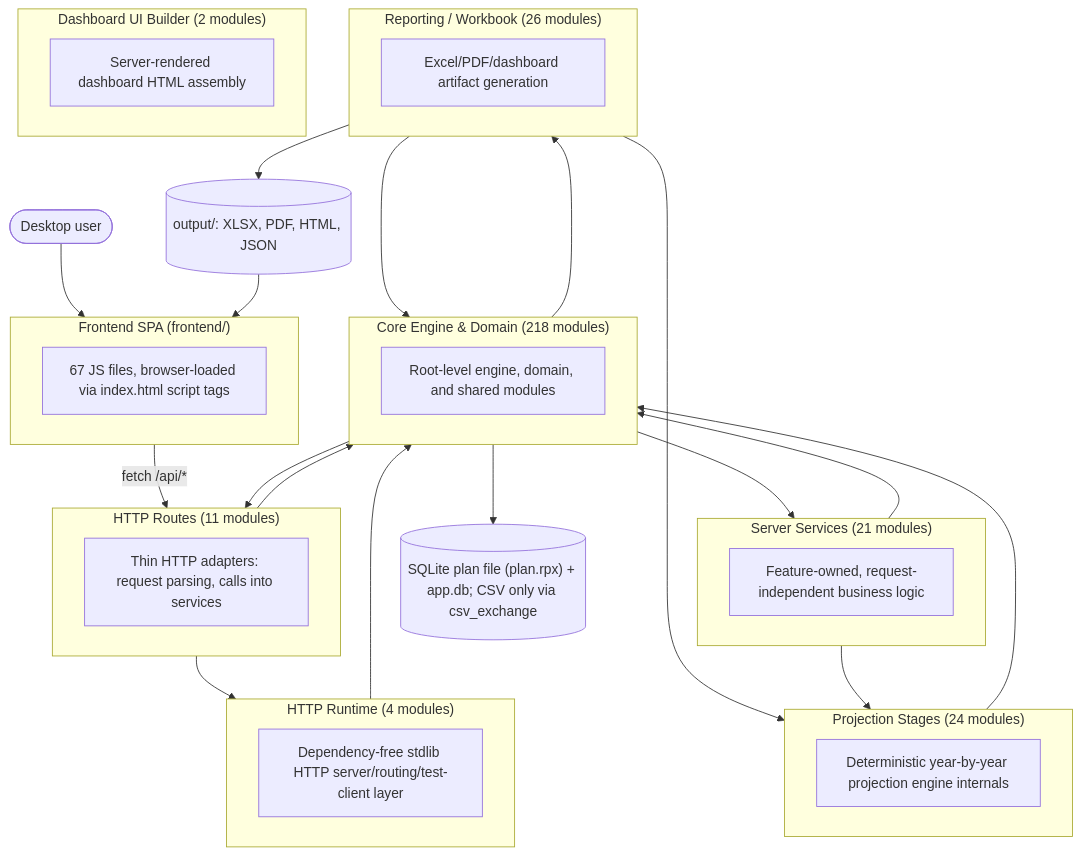
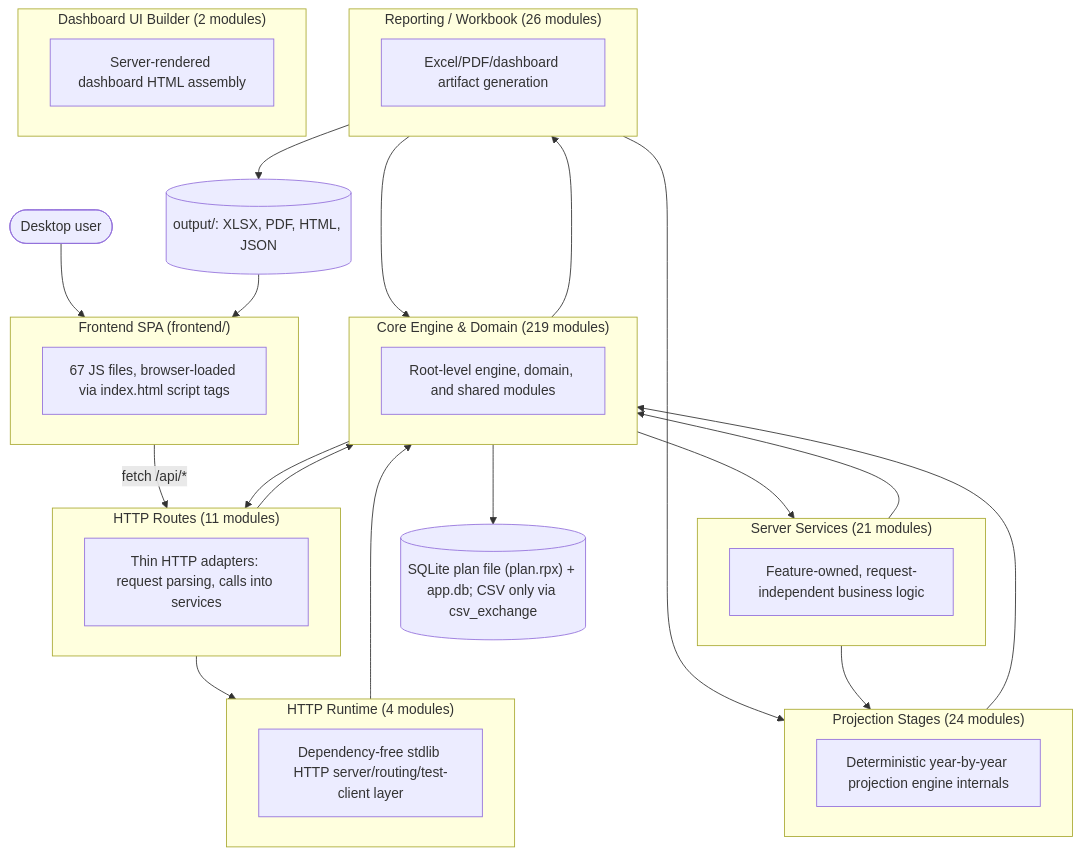
One commit to matthartzman/retirement_system changed the first of 2 diagrams in documentation/reference/SYSTEM_ARCHITECTURE_DIAGRAM.md. Above: the diagram before and after it, drawn with Mermaid. The commit also changed other lines of this file and 16 other files, not shown here.

````diff
--- a/documentation/reference/SYSTEM_ARCHITECTURE_DIAGRAM.md
+++ b/documentation/reference/SYSTEM_ARCHITECTURE_DIAGRAM.md
@@ -11,43 +11,43 @@
 ```mermaid
 flowchart TB
     User(["Desktop user"]) --> FE
     subgraph FE["Frontend SPA (frontend/)"]
         FEcount["67 JS files, browser-loaded via index.html script tags"]
     end
     FE -->|fetch /api/*| L_HTTP_Routes
     subgraph L_HTTP_Routes["HTTP Routes (11 modules)"]
         L_HTTP_Routes_d["Thin HTTP adapters: request parsing, calls into services"]
     end
     subgraph L_Server_Services["Server Services (21 modules)"]
         L_Server_Services_d["Feature-owned, request-independent business logic"]
     end
     subgraph L_HTTP_Runtime["HTTP Runtime (4 modules)"]
         L_HTTP_Runtime_d["Dependency-free stdlib HTTP server/routing/test-client layer"]
     end
-    subgraph L_Core_Engine___Domain["Core Engine & Domain (218 modules)"]
+    subgraph L_Core_Engine___Domain["Core Engine & Domain (219 modules)"]
         L_Core_Engine___Domain_d["Root-level engine, domain, and shared modules"]
     end
     subgraph L_Projection_Stages["Projection Stages (24 modules)"]
         L_Projection_Stages_d["Deterministic year-by-year projection engine internals"]
     end
     subgraph L_Reporting___Workbook["Reporting / Workbook (26 modules)"]
         L_Reporting___Workbook_d["Excel/PDF/dashboard artifact generation"]
     end
     subgraph L_Dashboard_UI_Builder["Dashboard UI Builder (2 modules)"]
         L_Dashboard_UI_Builder_d["Server-rendered dashboard HTML assembly"]
     end
     L_Core_Engine___Domain --> L_HTTP_Routes
     L_Core_Engine___Domain --> L_Reporting___Workbook
     L_Core_Engine___Domain --> L_Server_Services
     L_HTTP_Routes --> L_Core_Engine___Domain
     L_HTTP_Routes --> L_HTTP_Runtime
     L_HTTP_Runtime --> L_Core_Engine___Domain
     L_Projection_Stages --> L_Core_Engine___Domain
     L_Reporting___Workbook --> L_Core_Engine___Domain
     L_Reporting___Workbook --> L_Projection_Stages
     L_Server_Services --> L_Core_Engine___Domain
     L_Server_Services --> L_Projection_Stages
     L_Core_Engine___Domain --> DB[("SQLite plan file (plan.rpx) + app.db; CSV only via csv_exchange")]
     L_Reporting___Workbook --> Outputs[("output/: XLSX, PDF, HTML, JSON")]
     Outputs --> FE
 ```
````
